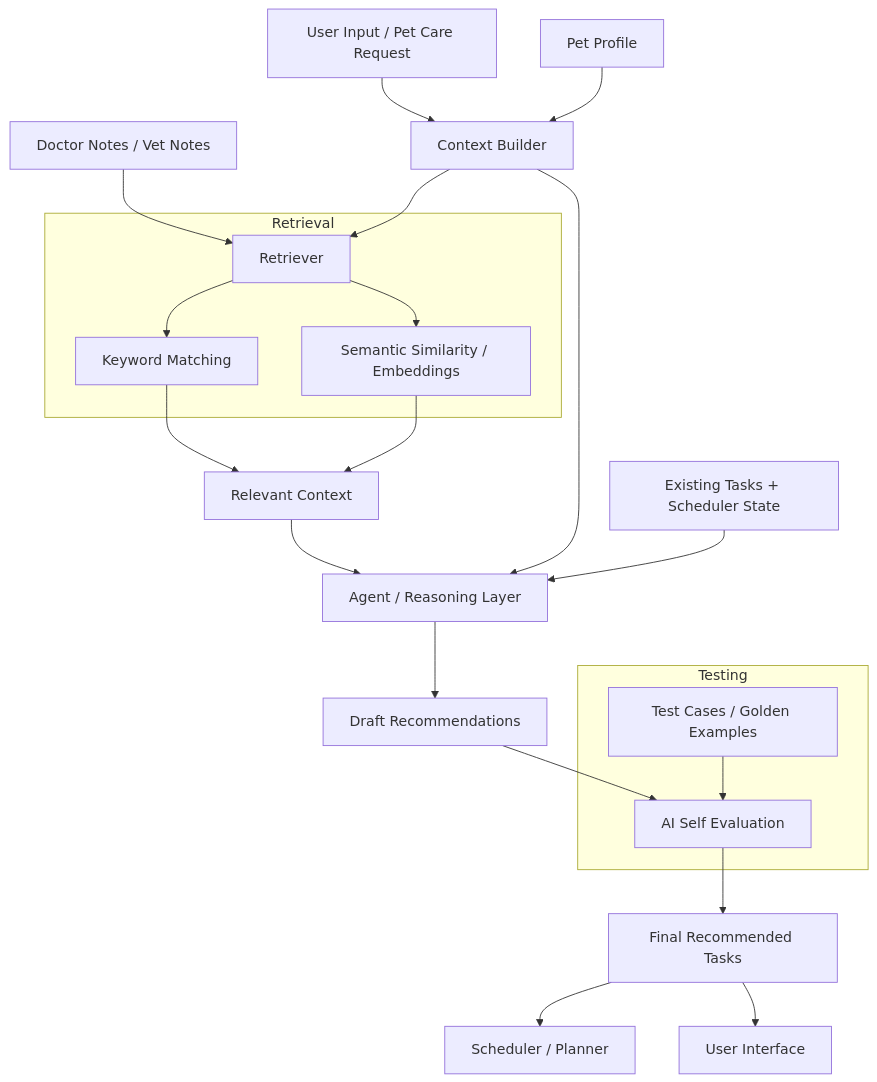
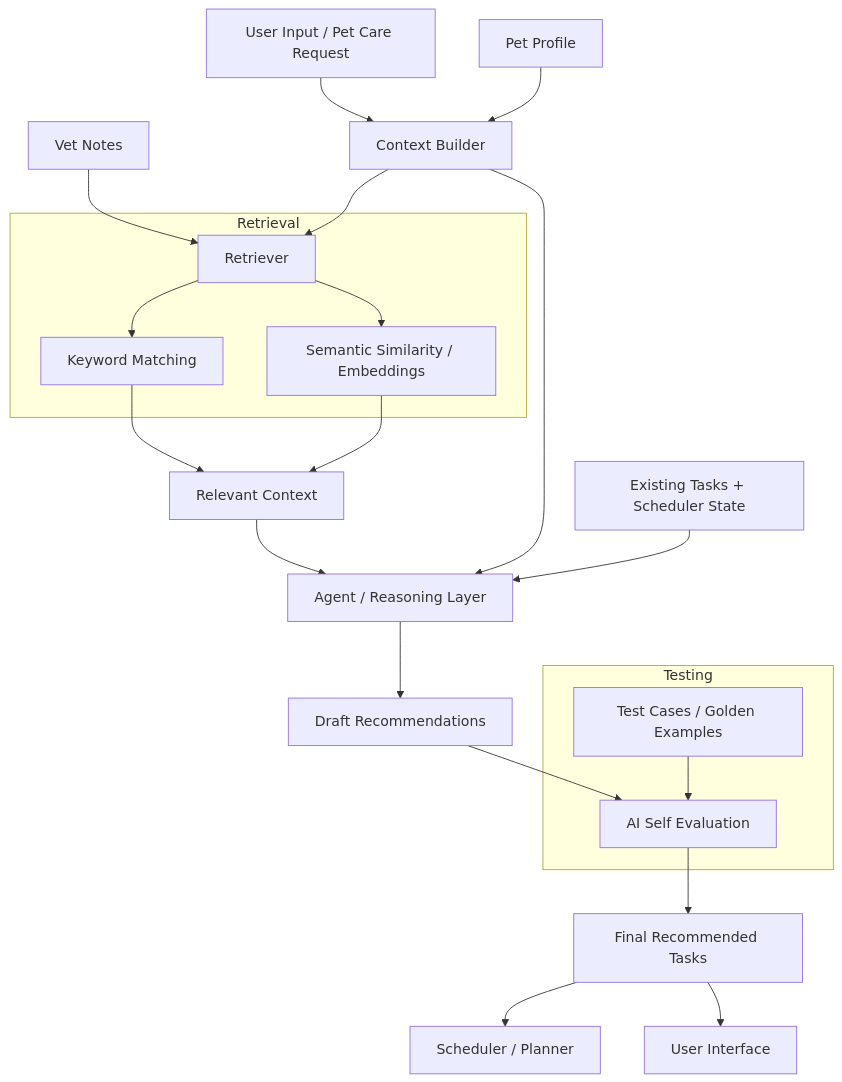
The diagram in diagrams/system-diagram.mmd (chanel-koh/applied-ai-final), drawn with Mermaid before and after one commit. The commit also changed 1 other file, not shown here.

Commit message:
Change UI app description and to say vet instead of doctor

````diff
--- a/diagrams/system-diagram.mmd
+++ b/diagrams/system-diagram.mmd
@@ -11,33 +11,33 @@
 ```mermaid
 flowchart TD
     A[User Input / Pet Care Request] --> B[Context Builder]
     C[Pet Profile] --> B
-    D[Doctor Notes / Vet Notes] --> E[Retriever]
+    D[Vet Notes] --> E[Retriever]
     B --> E
 
     subgraph Retrieval
         E --> F[Keyword Matching]
         E --> G[Semantic Similarity / Embeddings]
     end
 
     F --> H[Relevant Context]
     G --> H
 
     H --> I[Agent / Reasoning Layer]
     B --> I
     J[Existing Tasks + Scheduler State] --> I
 
     I --> K[Draft Recommendations]
 
     subgraph Testing
         L[Test Cases / Golden Examples]
         M[AI Self Evaluation]
     end
 
     K --> M
     L --> M
 
     M --> N[Final Recommended Tasks]
     N --> O[Scheduler / Planner]
     N --> P[User Interface]
 ```
````
